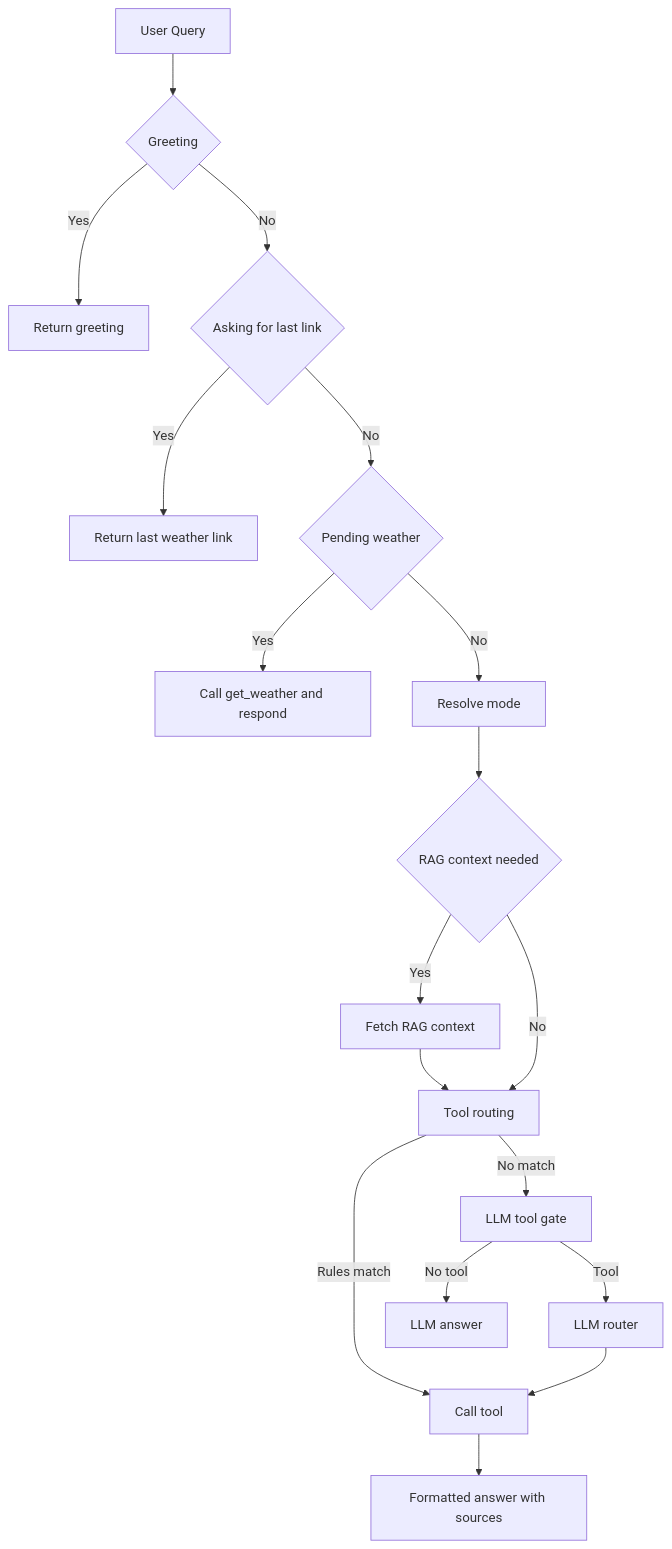
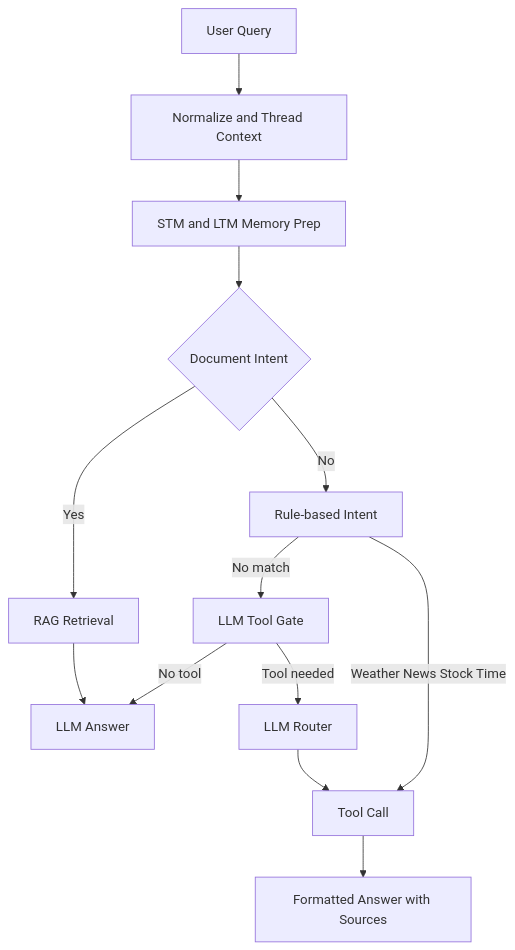
Before and after one commit to P-Saroha/SafeAI-Agent: the diagram in README.md, drawn with Mermaid. The commit also changed other lines of this file, not shown here.

Commit message:
weather tool is updated and readme file is added.

````diff
--- a/README.md
+++ b/README.md
@@ -86,20 +72,15 @@
 ```mermaid
 flowchart TD
-  U[User Query] --> Greet{Greeting}
-  Greet -->|Yes| Hello[Return greeting]
-  Greet -->|No| Link{Asking for last link}
-  Link -->|Yes| LinkOut[Return last weather link]
-  Link -->|No| Pending{Pending weather}
-  Pending -->|Yes| WeatherPending[Call get_weather and respond]
-  Pending -->|No| Mode[Resolve mode]
-  Mode --> RAG{RAG context needed}
-  RAG -->|Yes| RAGCtx[Fetch RAG context]
-  RAG -->|No| Route[Tool routing]
-  RAGCtx --> Route
-  Route -->|Rules match| Tool[Call tool]
-  Route -->|No match| Gate[LLM tool gate]
-  Gate -->|No tool| LLM[LLM answer]
-  Gate -->|Tool| Router[LLM router]
-  Router --> Tool
-  Tool --> Answer[Formatted answer with sources]
+  U[User Query] --> N[Normalize and Thread Context]
+  N --> M[STM and LTM Memory Prep]
+  M --> D{Document Intent}
+  D -->|Yes| RAG[RAG Retrieval]
+  D -->|No| R[Rule-based Intent]
+  R -->|Weather News Stock Time| T[Tool Call]
+  R -->|No match| G[LLM Tool Gate]
+  G -->|No tool| L[LLM Answer]
+  G -->|Tool needed| RT[LLM Router]
+  RT --> T
+  T --> F[Formatted Answer with Sources]
+  RAG --> L
 ```
````
